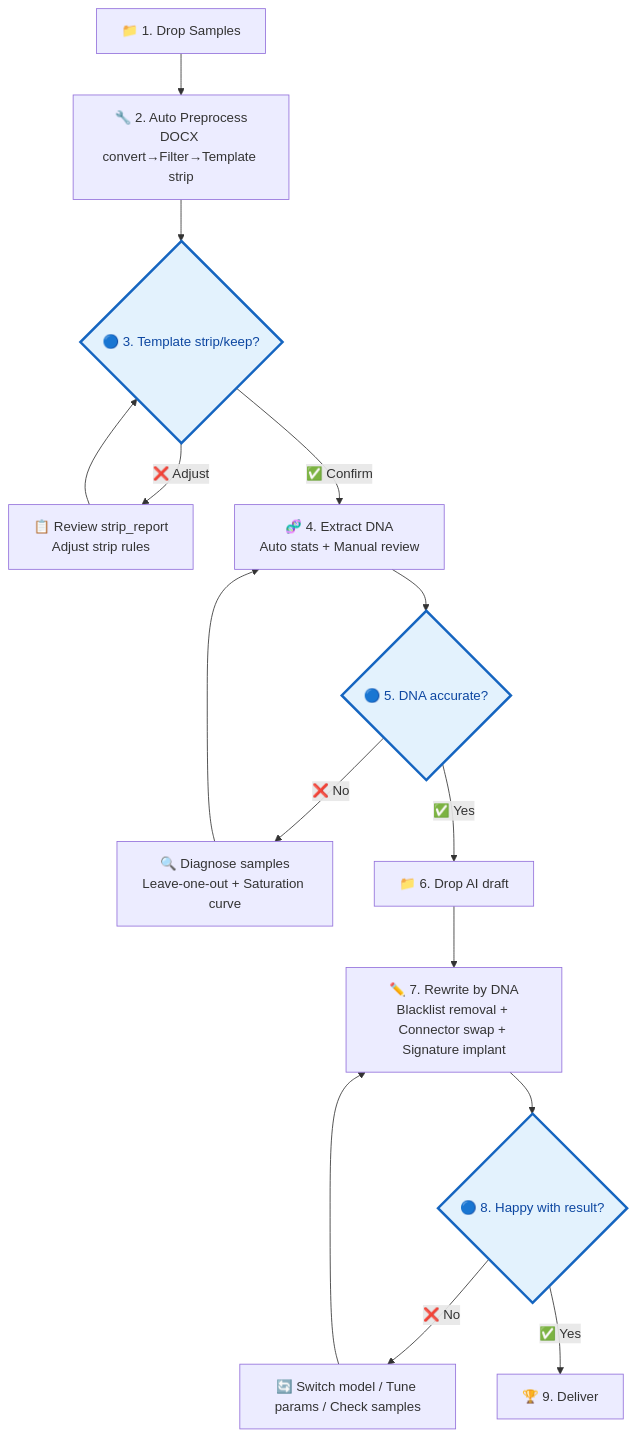
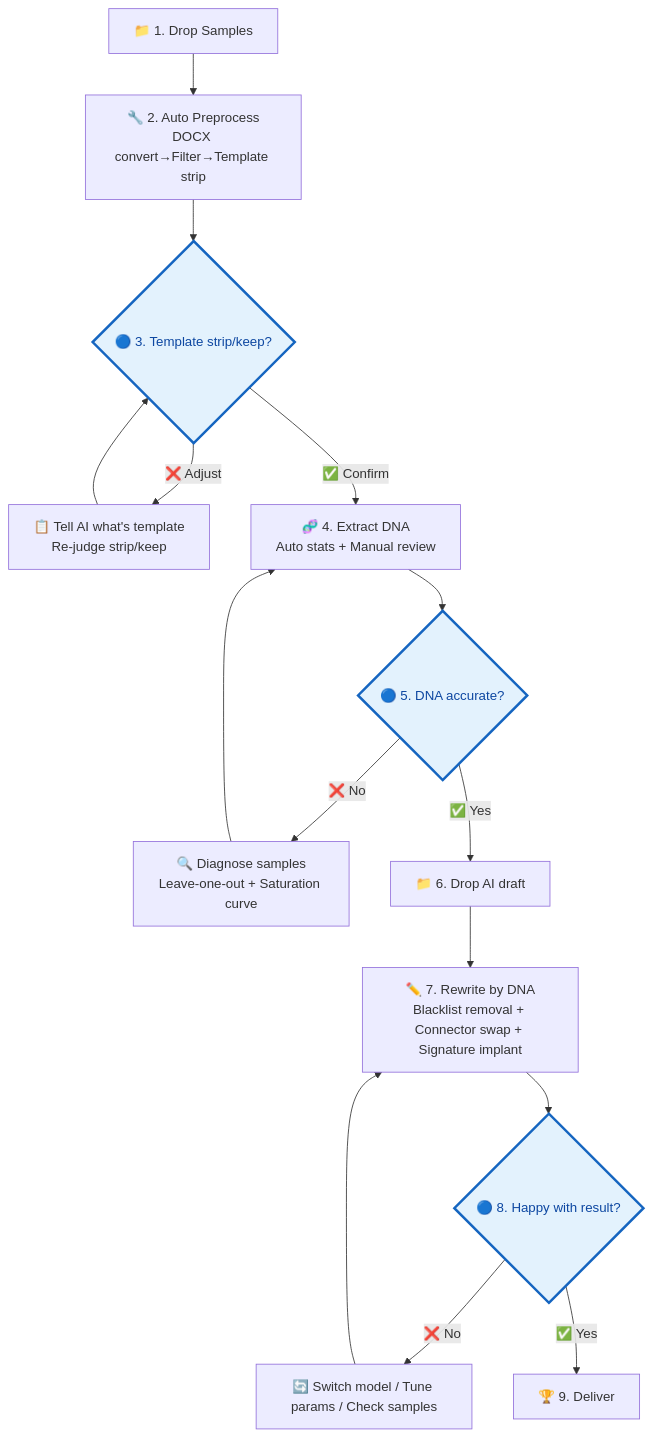
Before and after one commit to dvdxfv/skill-writing-dna: the diagram in README_EN.md, drawn with Mermaid. The commit also changed 1 other file, not shown here.

Commit message:
docs: 流程图节点文案改为自然语言，去掉内部文件名

````diff
--- a/README_EN.md
+++ b/README_EN.md
@@ -49,21 +49,21 @@
 ```mermaid
 flowchart TD
     A["📁 1. Drop Samples"] --> B["🔧 2. Auto Preprocess<br/>DOCX convert→Filter→Template strip"]
     B --> C{"🔵 3. Template strip/keep?"}
-    C -->|❌ Adjust| B1["📋 Review strip_report<br/>Adjust strip rules"]
+    C -->|❌ Adjust| B1["📋 Tell AI what's template<br/>Re-judge strip/keep"]
     B1 --> C
     C -->|✅ Confirm| D["🧬 4. Extract DNA<br/>Auto stats + Manual review"]
     D --> E{"🔵 5. DNA accurate?"}
     E -->|❌ No| E1["🔍 Diagnose samples<br/>Leave-one-out + Saturation curve"]
     E1 --> D
     E -->|✅ Yes| F["📁 6. Drop AI draft"]
     F --> G["✏️ 7. Rewrite by DNA<br/>Blacklist removal + Connector swap + Signature implant"]
     G --> H{"🔵 8. Happy with result?"}
     H -->|❌ No| I["🔄 Switch model / Tune params / Check samples"]
     I --> G
     H -->|✅ Yes| J["🏆 9. Deliver"]
 
     style C fill:#e3f2fd,stroke:#1565c0,stroke-width:3px,color:#0d47a1
     style E fill:#e3f2fd,stroke:#1565c0,stroke-width:3px,color:#0d47a1
     style H fill:#e3f2fd,stroke:#1565c0,stroke-width:3px,color:#0d47a1
 ```
````
